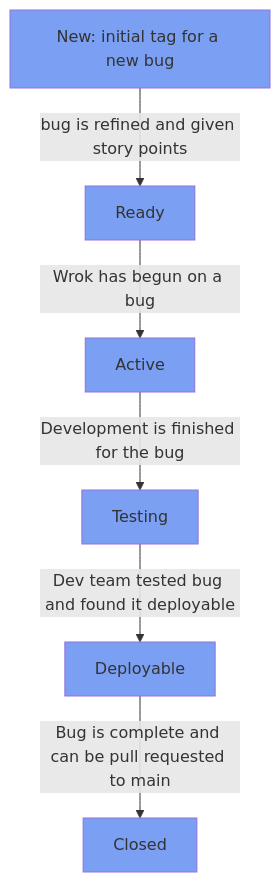
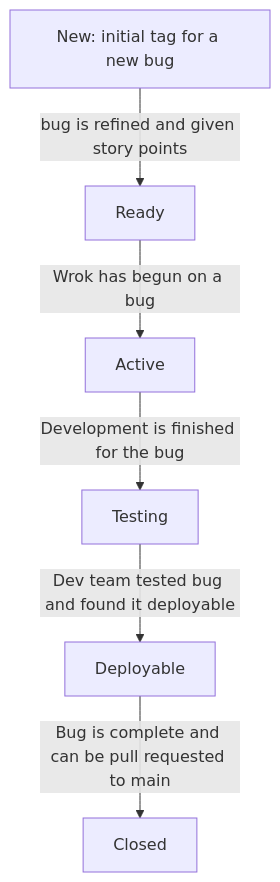
The third of 3 diagrams in README.md (abbyhoosh/VueFrontend), drawn with Mermaid before and after one commit. The commit also changed other lines of this file, not shown here.

````diff
--- a/README.md
+++ b/README.md
@@ -108,19 +102,15 @@
 ```mermaid
 flowchart TD
-classDef tags fill:#7B9FF2
-
 NewBug[New: initial tag for a new bug]
 ReadyBug[Ready]
 ActiveBug[Active]
 TestingBug[Testing]
 BugDeployable[Deployable]
 BugClosed[Closed]
 
 NewBug-->|bug is refined and given story points|ReadyBug
 ReadyBug-->|Wrok has begun on a bug|ActiveBug
 ActiveBug-->|Development is finished for the bug|TestingBug
 TestingBug-->|Dev team tested bug and found it deployable|BugDeployable
 BugDeployable-->|Bug is complete and can be pull requested to main|BugClosed
-
-class NewBug,ReadyBug,ActiveBug,TestingBug,BugDeployable,BugClosed tags;
 ```
````
